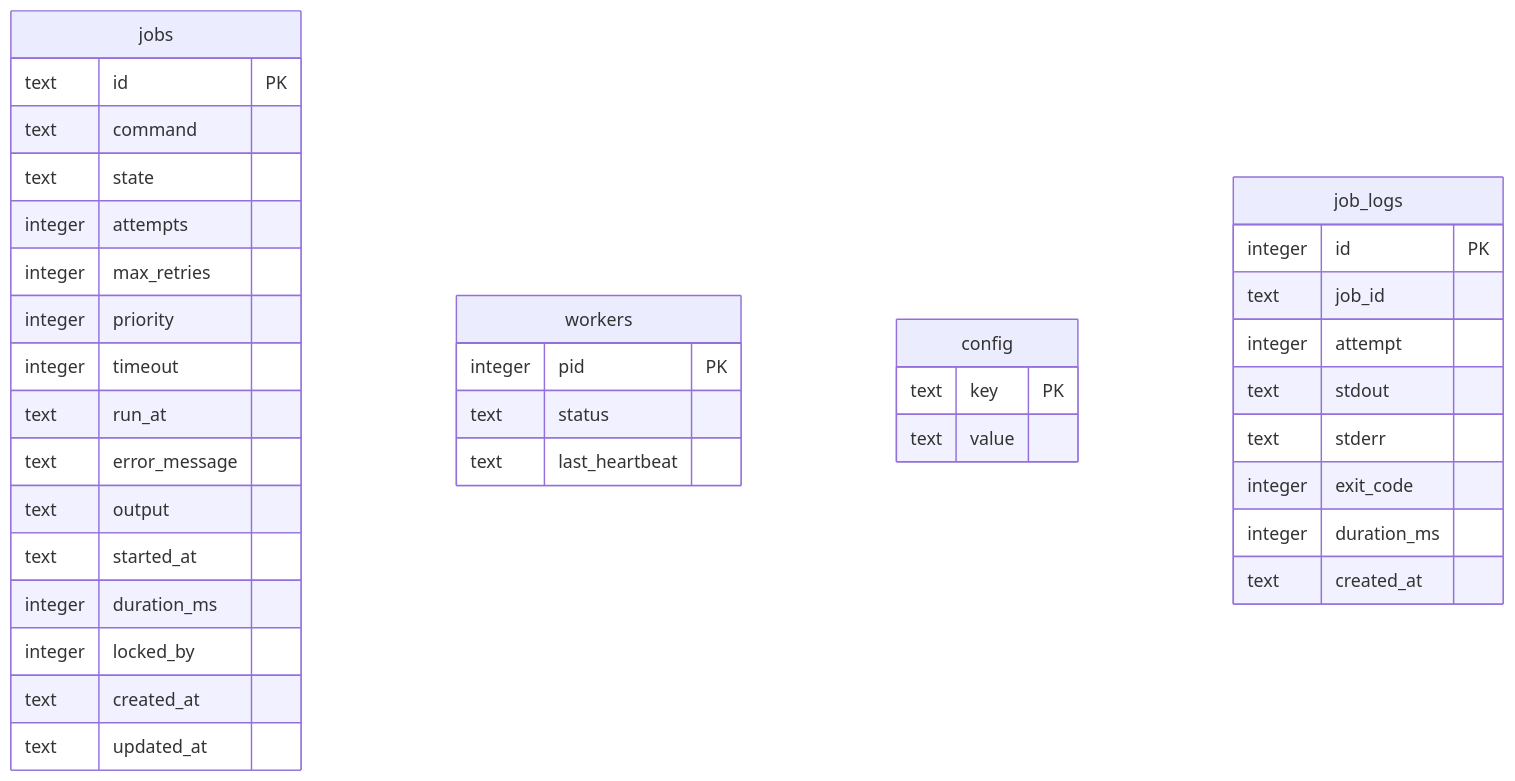
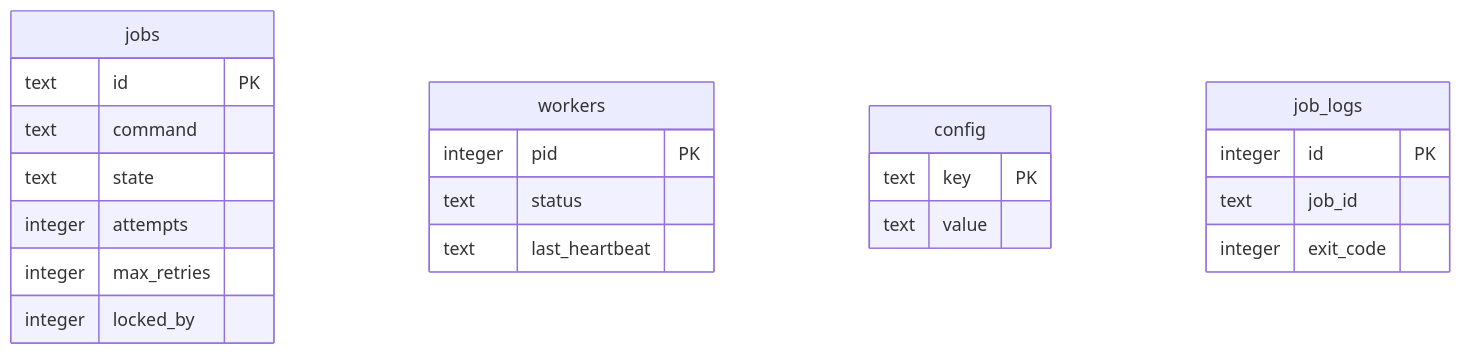
The diagram in README.md (bhumika-mishra-26/QueueCTL), drawn with Mermaid before and after one commit. The commit also changed other lines of this file and 2 other files, not shown here.

````diff
--- a/README.md
+++ b/README.md
@@ -244,39 +171,17 @@
 ```mermaid
 erDiagram
-    jobs {
-        text id PK
+    jobs { text id PK
         text command
         text state
         integer attempts
         integer max_retries
-        integer priority
-        integer timeout
-        text run_at
-        text error_message
-        text output
-        text started_at
-        integer duration_ms
-        integer locked_by
-        text created_at
-        text updated_at
-    }
-    workers {
-        integer pid PK
+        integer locked_by }
+    workers { integer pid PK
         text status
-        text last_heartbeat
-    }
-    config {
-        text key PK
-        text value
-    }
-    job_logs {
-        integer id PK
+        text last_heartbeat }
+    config { text key PK
+        text value }
+    job_logs { integer id PK
         text job_id
-        integer attempt
-        text stdout
-        text stderr
-        integer exit_code
-        integer duration_ms
-        text created_at
-    }
+        integer exit_code }
 ```
````
